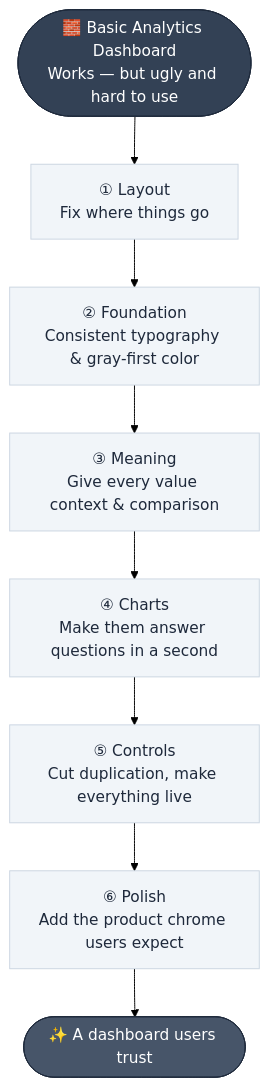
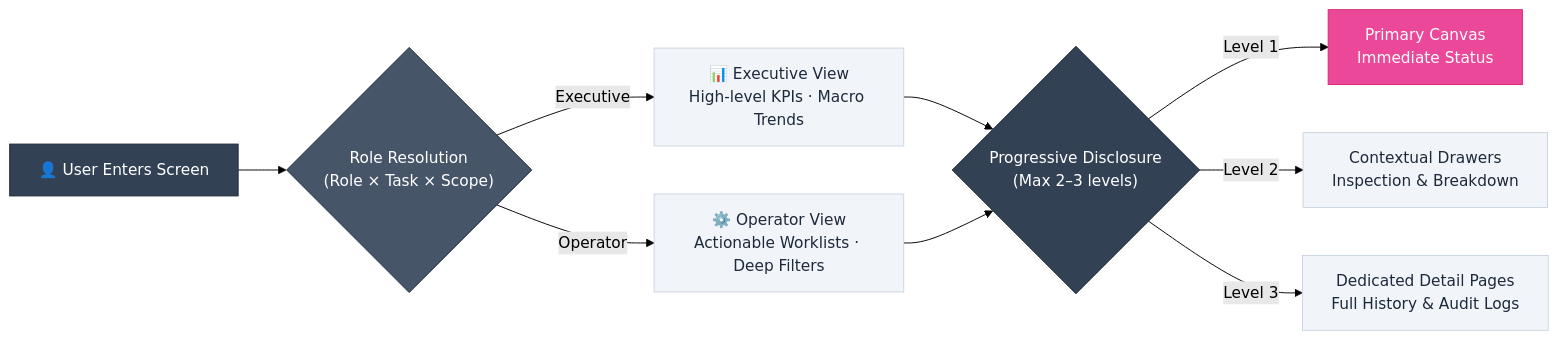
Before and after one commit to DimKouts84/product_management_development_wiki: the third of 7 diagrams in wiki/05-design/dashboard-design-playbook.md, drawn with Mermaid (forest theme). The commit also changed other lines of this file and 2 other files, not shown here.

Commit message:
feat: add dashboard design playbook and wiki navigation structure

````diff
--- a/wiki/05-design/dashboard-design-playbook.md
+++ b/wiki/05-design/dashboard-design-playbook.md
@@ -31,20 +98,20 @@
 ```mermaid
-graph TD
-    START(["🧱 Basic Analytics Dashboard\nWorks — but ugly and hard to use"])
-    START --> P1["① Layout\nFix where things go"]
-    P1 --> P2["② Foundation\nConsistent typography & gray-first color"]
-    P2 --> P3["③ Meaning\nGive every value context & comparison"]
-    P3 --> P4["④ Charts\nMake them answer questions in a second"]
-    P4 --> P5["⑤ Controls\nCut duplication, make everything live"]
-    P5 --> P6["⑥ Polish\nAdd the product chrome users expect"]
-    P6 --> DONE(["✨ A dashboard users trust"])
+graph LR
+    User["👤 User Enters Screen"] --> Role{"Role Resolution\n(Role × Task × Scope)"}
+    Role -->|Executive| Exec["📊 Executive View\nHigh-level KPIs · Macro Trends"]
+    Role -->|Operator| Ops["⚙️ Operator View\nActionable Worklists · Deep Filters"]
+    
+    Exec & Ops --> PD{"Progressive Disclosure\n(Max 2–3 levels)"}
+    PD -->|Level 1| L1["Primary Canvas\nImmediate Status"]
+    PD -->|Level 2| L2["Contextual Drawers\nInspection & Breakdown"]
+    PD -->|Level 3| L3["Dedicated Detail Pages\nFull History & Audit Logs"]
 
-    style START fill:#334155,stroke:#1e293b,color:#fff
-    style P1 fill:#f1f5f9,stroke:#cbd5e1,color:#1e293b
-    style P2 fill:#f1f5f9,stroke:#cbd5e1,color:#1e293b
-    style P3 fill:#f1f5f9,stroke:#cbd5e1,color:#1e293b
-    style P4 fill:#f1f5f9,stroke:#cbd5e1,color:#1e293b
-    style P5 fill:#f1f5f9,stroke:#cbd5e1,color:#1e293b
-    style P6 fill:#f1f5f9,stroke:#cbd5e1,color:#1e293b
-    style DONE fill:#475569,stroke:#1e293b,color:#fff
+    style User fill:#334155,stroke:#1e293b,color:#fff
+    style Role fill:#475569,stroke:#1e293b,color:#fff
+    style Exec fill:#f1f5f9,stroke:#cbd5e1,color:#1e293b
+    style Ops fill:#f1f5f9,stroke:#cbd5e1,color:#1e293b
+    style PD fill:#334155,stroke:#1e293b,color:#fff
+    style L1 fill:#ec4899,stroke:#db2777,color:#fff
+    style L2 fill:#f1f5f9,stroke:#cbd5e1,color:#1e293b
+    style L3 fill:#f1f5f9,stroke:#cbd5e1,color:#1e293b
 ```
````
